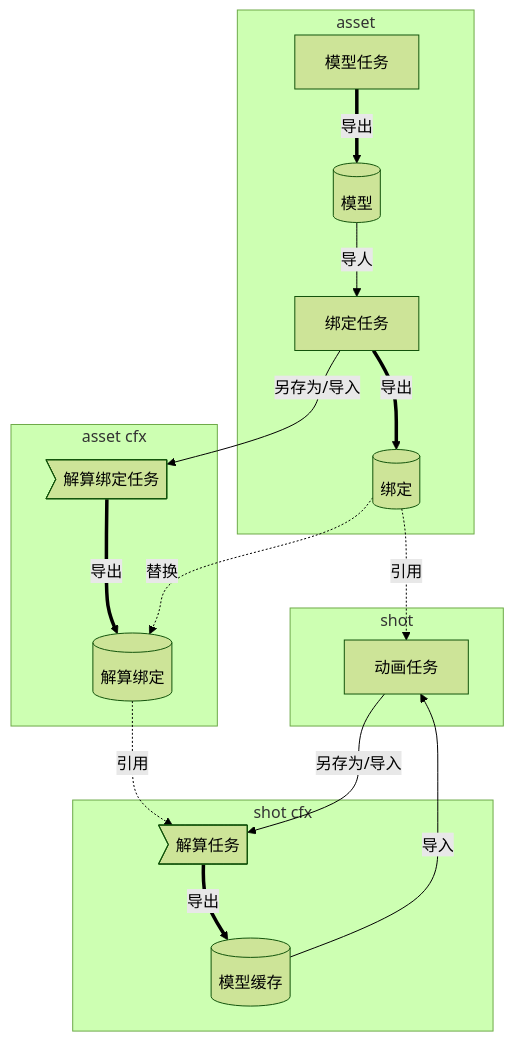
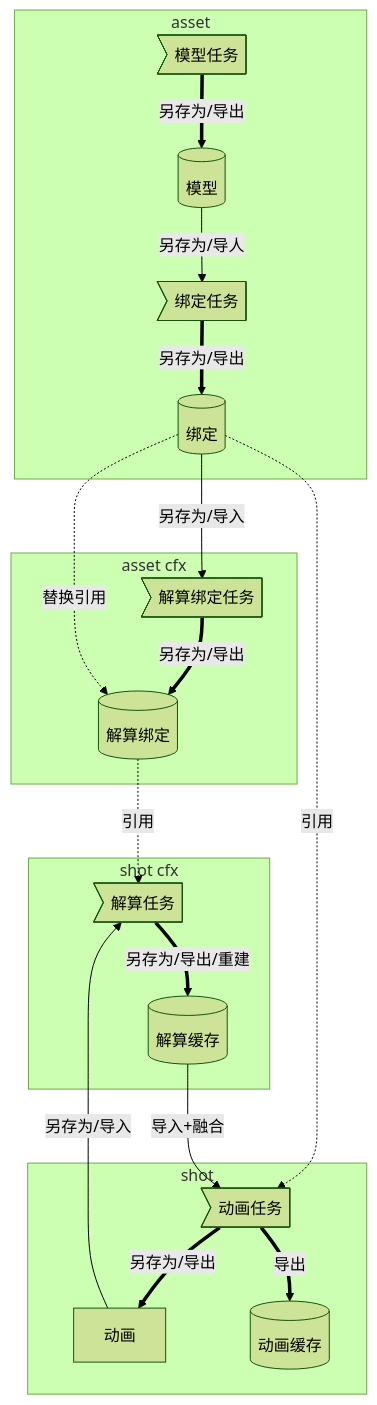
Before and after one commit to no7hings/qosmic-2.0: the first of 2 diagrams in .documents/develop/开发相关/开发任务/maya/解算相关/解算流程.md, drawn with Mermaid (forest theme). The commit also changed other lines of this file and 357 other files, not shown here.

````diff
--- a/.documents/develop/开发相关/开发任务/maya/解算相关/解算流程.md
+++ b/.documents/develop/开发相关/开发任务/maya/解算相关/解算流程.md
@@ -3,48 +6,54 @@
 ```mermaid
 
 graph TD;
 subgraph asset
-	modeling["模型任务"]
-	rigging["绑定任务"]
+	modeling>"模型任务"]
+	rigging>"绑定任务"]
 
-	model[(模型)]
-	rig[("绑定")]
+	model_scene[(模型)]
+	rig_scene[("绑定")]
 
 end
 
 subgraph shot
-	animation["动画任务"]
+	animation>"动画任务"]
+	animation_scene["动画"]
+	animation_cache[("动画缓存")]
 end
 
 subgraph asset cfx
 	cfx_rigging>"解算绑定任务"]
-	cfx_rig[("解算绑定")]
+	cfx_rig_scene[("解算绑定")]
 end
 
 subgraph shot cfx
 	cfx>"解算任务"]
-	cfx_cache[("模型缓存")]
+	cfx_cache[("解算缓存")]
 end
 
-modeling =="导出"==> model
+modeling =="另存为/导出"==> model_scene
 
-model --"导人"--> rigging
+model_scene --"另存为/导人"--> rigging
 
-rigging =="导出"==> rig
+rigging =="另存为/导出"==> rig_scene
 
-rigging --"另存为/导入"--> cfx_rigging
+rig_scene --"另存为/导入"--> cfx_rigging
 
-cfx_rigging =="导出"==> cfx_rig
+cfx_rigging =="另存为/导出"==> cfx_rig_scene
 
-rig -."引用".-> animation
+rig_scene -."引用".-> animation
 
-cfx_rig -."引用".-> cfx
+cfx_rig_scene -."引用".-> cfx
 
-rig -."替换".-> cfx_rig
+rig_scene -."替换引用".-> cfx_rig_scene
 
-animation --"另存为/导入"--> cfx
+animation =="另存为/导出"==> animation_scene
 
-cfx =="导出"==> cfx_cache
+animation =="导出"==> animation_cache
 
-cfx_cache --"导入"--> animation
+animation_scene --"另存为/导入"--> cfx
+
+cfx =="另存为/导出/重建"==> cfx_cache
+
+cfx_cache --"导入+融合"--> animation
 ```
````
